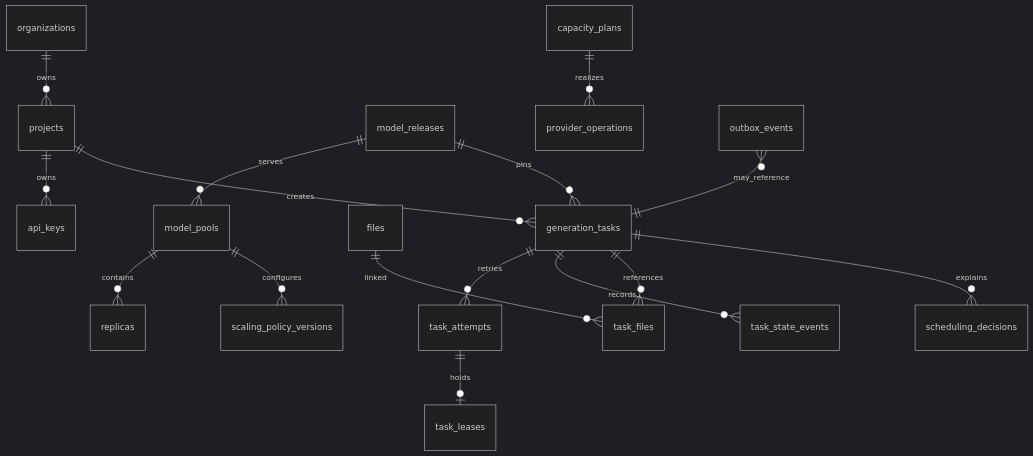
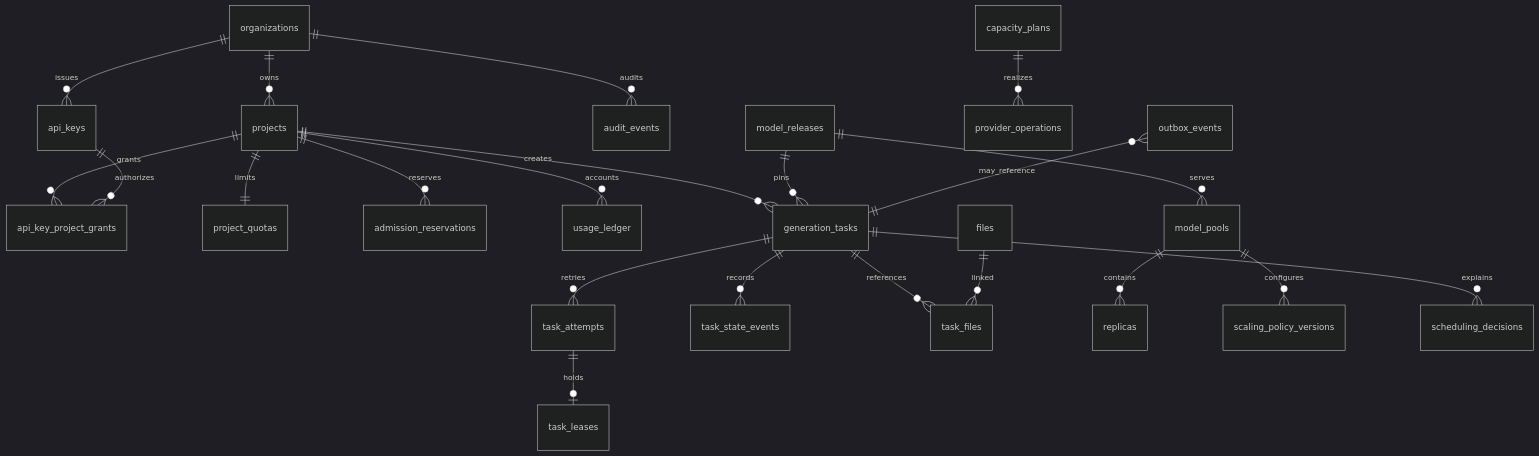
Before and after one commit to otoTree/astra: the first of 2 diagrams in docs/06-data-and-event-architecture.md, drawn with Mermaid (dark theme). The commit also changed other lines of this file and 31 other files, not shown here.

````diff
--- a/docs/06-data-and-event-architecture.md
+++ b/docs/06-data-and-event-architecture.md
@@ -17,18 +17,24 @@
 ```mermaid
 erDiagram
     organizations ||--o{ projects : owns
-    projects ||--o{ api_keys : owns
+    organizations ||--o{ api_keys : issues
+    projects ||--o{ api_key_project_grants : grants
+    api_keys ||--o{ api_key_project_grants : authorizes
+    projects ||--|| project_quotas : limits
+    projects ||--o{ admission_reservations : reserves
+    projects ||--o{ usage_ledger : accounts
+    organizations ||--o{ audit_events : audits
     projects ||--o{ generation_tasks : creates
     generation_tasks ||--o{ task_attempts : retries
     task_attempts ||--o| task_leases : holds
     generation_tasks ||--o{ task_state_events : records
     generation_tasks ||--o{ task_files : references
     files ||--o{ task_files : linked
     model_releases ||--o{ model_pools : serves
     model_releases ||--o{ generation_tasks : pins
     model_pools ||--o{ replicas : contains
     model_pools ||--o{ scaling_policy_versions : configures
     capacity_plans ||--o{ provider_operations : realizes
     generation_tasks ||--o{ scheduling_decisions : explains
     outbox_events }o--|| generation_tasks : may_reference
 ```
````
